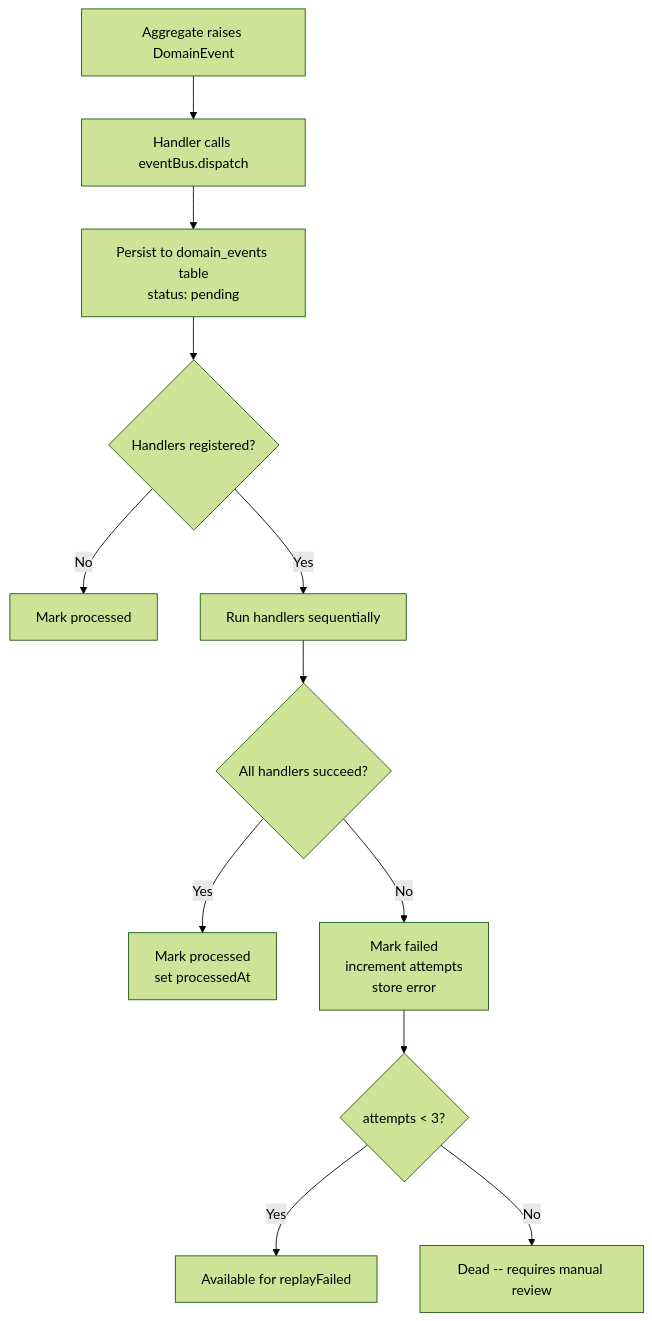
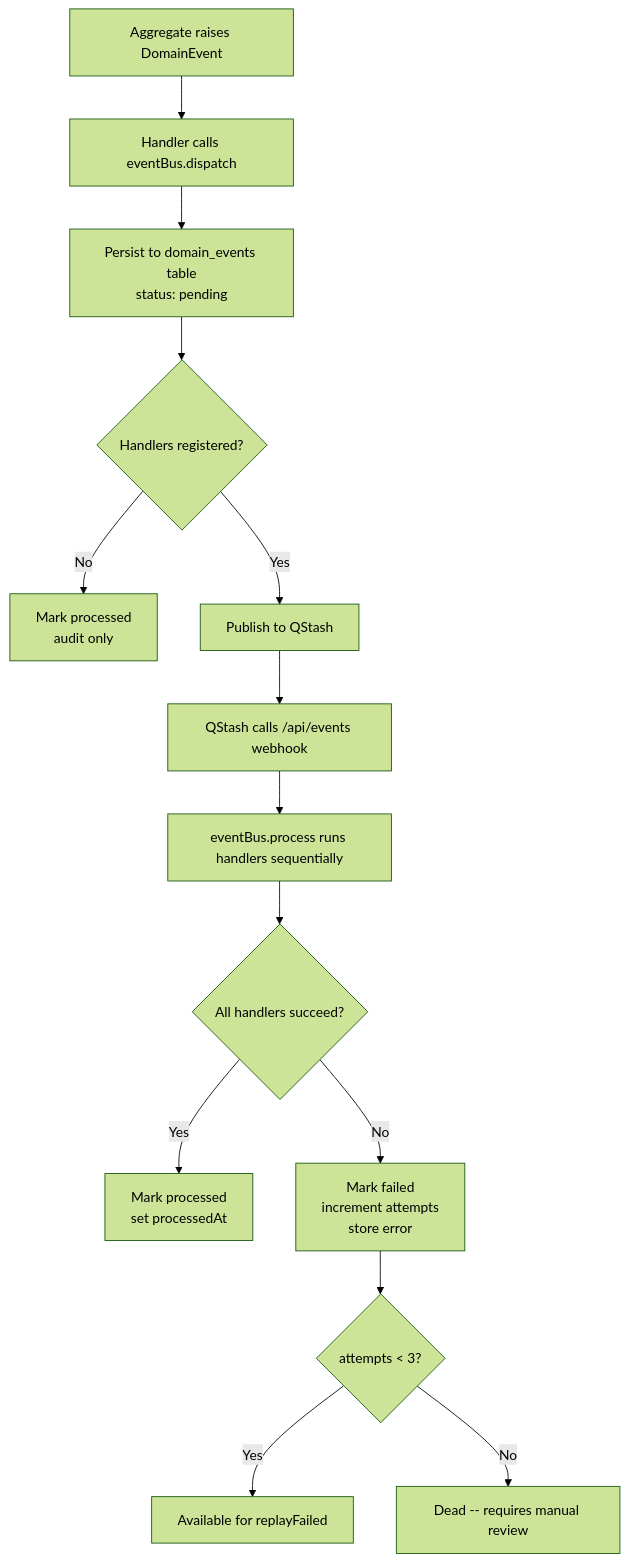
The fourth of 10 diagrams in docs/flows.md (ctsmith2308/ledger), drawn with Mermaid (forest theme) before and after one commit. The commit also changed other lines of this file and 87 other files, not shown here.

````diff
--- a/docs/flows.md
+++ b/docs/flows.md
@@ -144,14 +144,16 @@
 ```mermaid
 flowchart TD
     A[Aggregate raises DomainEvent] --> B[Handler calls eventBus.dispatch]
     B --> C[Persist to domain_events table<br/>status: pending]
     C --> D{Handlers registered?}
-    D -->|No| E[Mark processed]
-    D -->|Yes| F[Run handlers sequentially]
-    F --> G{All handlers succeed?}
-    G -->|Yes| H[Mark processed<br/>set processedAt]
-    G -->|No| I[Mark failed<br/>increment attempts<br/>store error]
-    I --> J{attempts < 3?}
-    J -->|Yes| K[Available for replayFailed]
-    J -->|No| L[Dead -- requires manual review]
+    D -->|No| E[Mark processed<br/>audit only]
+    D -->|Yes| F[Publish to QStash]
+    F --> G[QStash calls /api/events webhook]
+    G --> H[eventBus.process runs handlers sequentially]
+    H --> I{All handlers succeed?}
+    I -->|Yes| J[Mark processed<br/>set processedAt]
+    I -->|No| K[Mark failed<br/>increment attempts<br/>store error]
+    K --> L{attempts < 3?}
+    L -->|Yes| M[Available for replayFailed]
+    L -->|No| N[Dead -- requires manual review]
 ```
````
